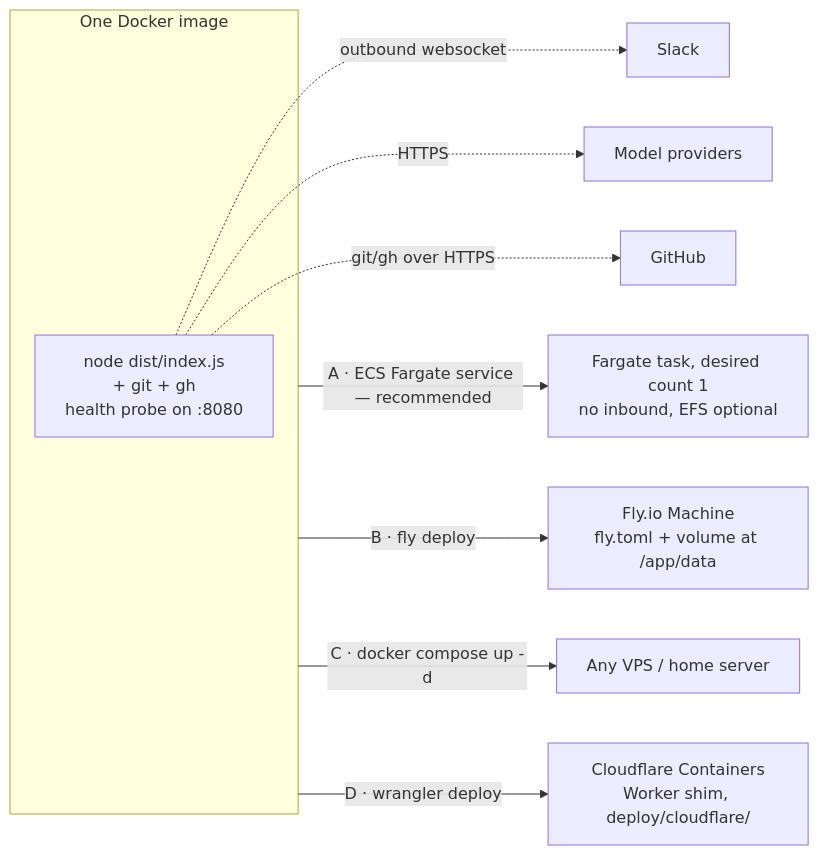
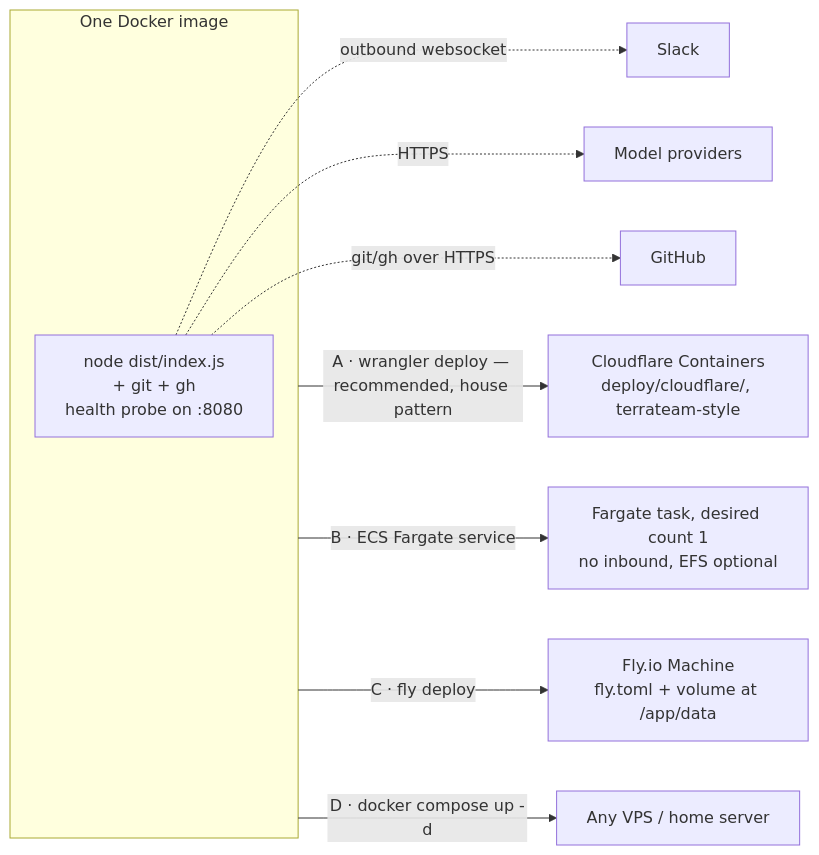
One commit to coreplanelabs/switchboard changed the fourth of 4 diagrams in README.md. Above: the diagram before and after it, drawn with Mermaid. The commit also changed other lines of this file and 10 other files, not shown here.

First line of the commit message:
Channel abstraction: core dispatcher + Slack/CLI adapters; align CF deploy with house pattern; AGENTS.md

````diff
--- a/README.md
+++ b/README.md
@@ -111,13 +113,13 @@
 ```mermaid
 flowchart LR
     subgraph img [One Docker image]
         P[node dist/index.js<br/>+ git + gh<br/>health probe on :8080]
     end
-    img -->|A · ECS Fargate service — recommended| ECS[Fargate task, desired count 1<br/>no inbound, EFS optional]
-    img -->|B · fly deploy| FLY[Fly.io Machine<br/>fly.toml + volume at /app/data]
-    img -->|C · docker compose up -d| VPS[Any VPS / home server]
-    img -->|D · wrangler deploy| CF[Cloudflare Containers<br/>Worker shim, deploy/cloudflare/]
+    img -->|A · wrangler deploy — recommended, house pattern| CF[Cloudflare Containers<br/>deploy/cloudflare/, terrateam-style]
+    img -->|B · ECS Fargate service| ECS[Fargate task, desired count 1<br/>no inbound, EFS optional]
+    img -->|C · fly deploy| FLY[Fly.io Machine<br/>fly.toml + volume at /app/data]
+    img -->|D · docker compose up -d| VPS[Any VPS / home server]
     P -.->|outbound websocket| SLK[Slack]
     P -.->|HTTPS| PRV[Model providers]
     P -.->|git/gh over HTTPS| GH[GitHub]
 ```
````
